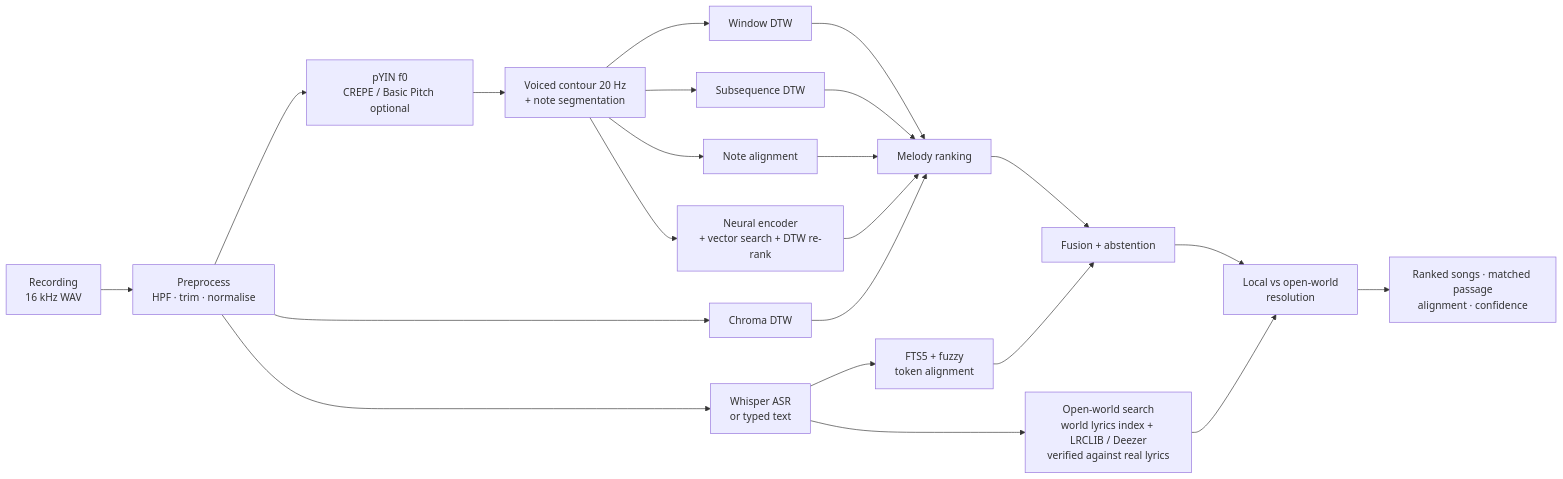
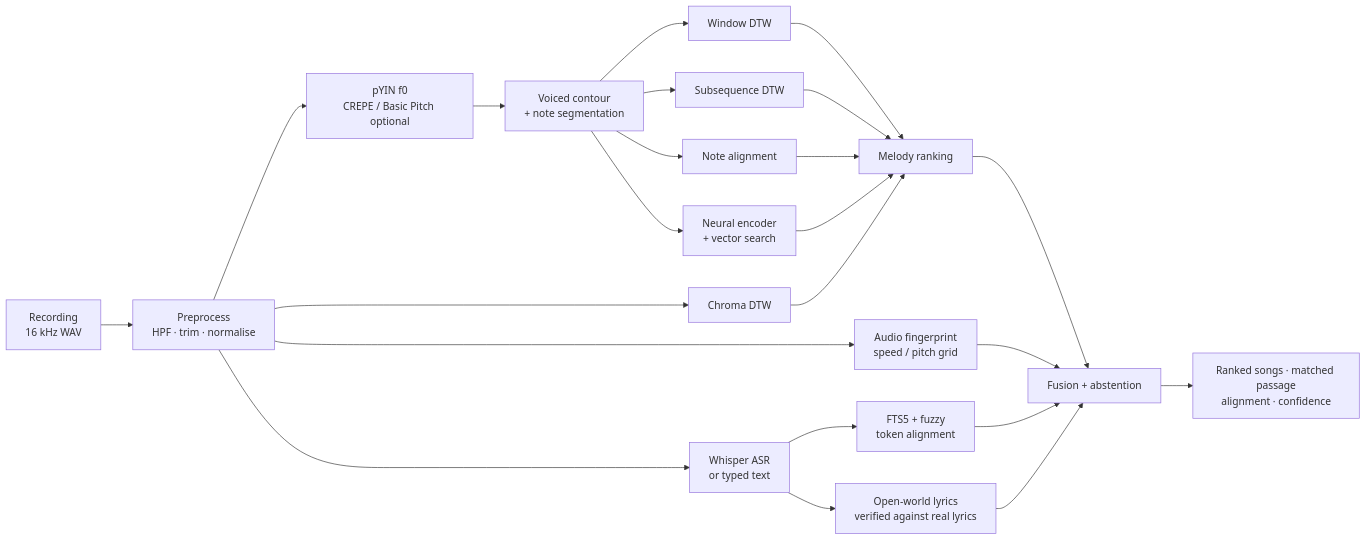
The diagram in README.md (Ale-Newport/MelodyAI), drawn with Mermaid before and after one commit. The commit also changed other lines of this file and 117 other files, not shown here.

````diff
--- a/README.md
+++ b/README.md
@@ -85,19 +164,20 @@
 ```mermaid
 flowchart LR
   A[Recording<br/>16 kHz WAV] --> B[Preprocess<br/>HPF · trim · normalise]
   B --> C[pYIN f0<br/>CREPE / Basic Pitch optional]
-  C --> D[Voiced contour 20 Hz<br/>+ note segmentation]
+  C --> D[Voiced contour<br/>+ note segmentation]
   D --> E1[Window DTW]
   D --> E2[Subsequence DTW]
   D --> E3[Note alignment]
-  D --> E4[Neural encoder<br/>+ vector search + DTW re-rank]
+  D --> E4[Neural encoder<br/>+ vector search]
   B --> E5[Chroma DTW]
+  B --> FP[Audio fingerprint<br/>speed / pitch grid]
   B --> L[Whisper ASR<br/>or typed text] --> L2[FTS5 + fuzzy<br/>token alignment]
-  L --> W[Open-world search<br/>world lyrics index + LRCLIB / Deezer<br/>verified against real lyrics]
+  L --> W[Open-world lyrics<br/>verified against real lyrics]
   E1 & E2 & E3 & E4 & E5 --> F[Melody ranking]
   F --> G[Fusion + abstention]
+  FP --> G
   L2 --> G
-  G --> R[Local vs open-world<br/>resolution]
-  W --> R
-  R --> H[Ranked songs · matched passage<br/>alignment · confidence]
+  W --> G
+  G --> H[Ranked songs · matched passage<br/>alignment · confidence]
 ```
````
